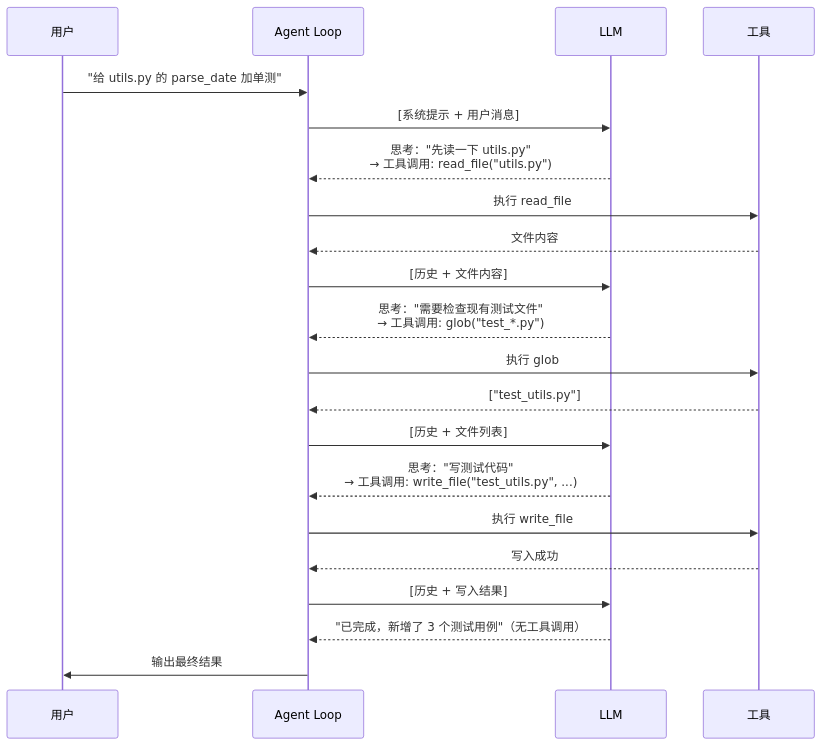
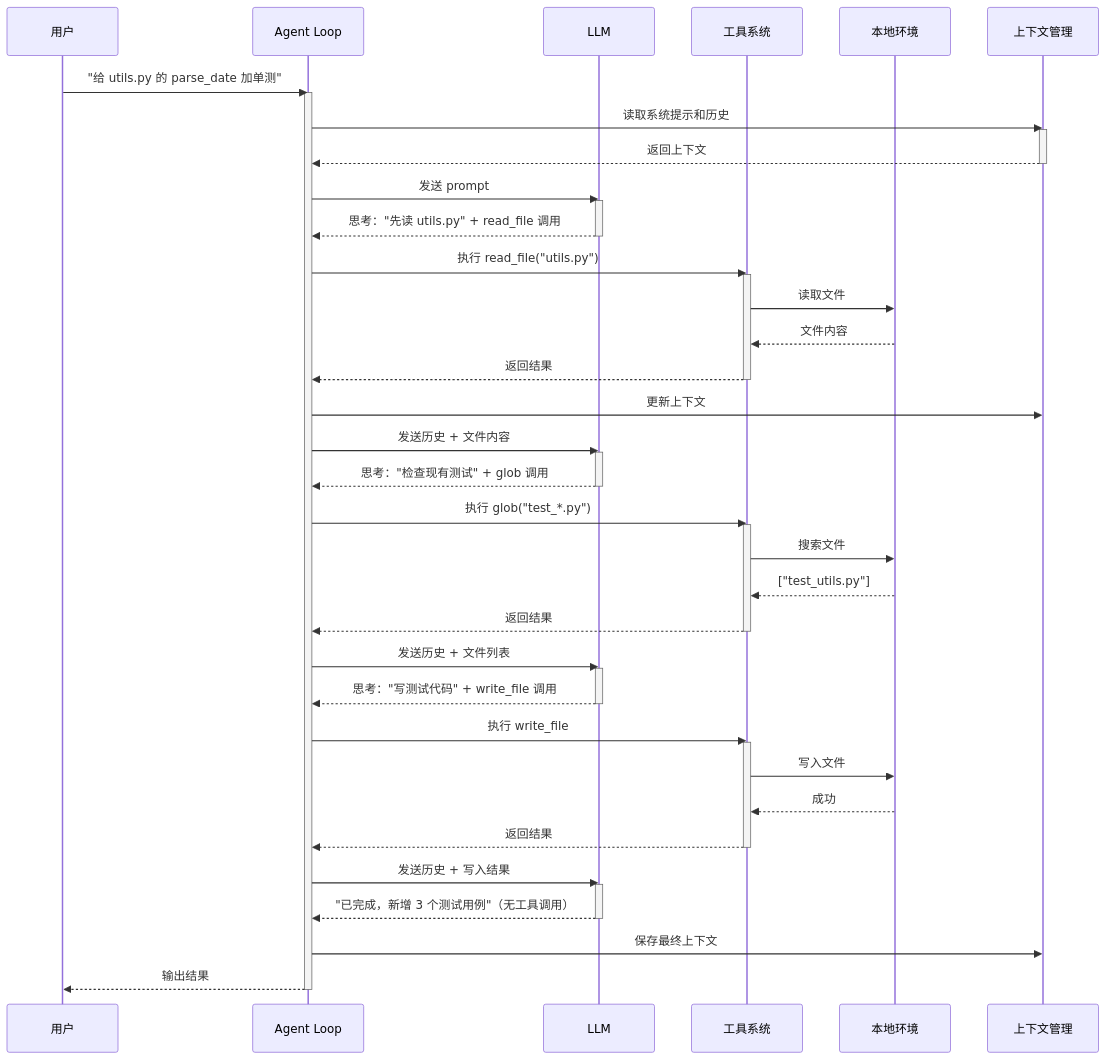
Before and after one commit to giraffe-tree/agent-base: the third of 7 diagrams in docs/comm/01-comm-overview.md, drawn with Mermaid. The commit also changed other lines of this file and 7 other files, not shown here.

````diff
--- a/docs/comm/01-comm-overview.md
+++ b/docs/comm/01-comm-overview.md
@@ -65,24 +215,63 @@
 ```mermaid
 sequenceDiagram
     participant U as 用户
     participant L as Agent Loop
     participant M as LLM
-    participant T as 工具
+    participant T as 工具系统
+    participant E as 本地环境
+    participant C as 上下文管理
 
     U->>L: "给 utils.py 的 parse_date 加单测"
-    L->>M: [系统提示 + 用户消息]
-    M-->>L: 思考："先读一下 utils.py"<br/>→ 工具调用: read_file("utils.py")
-    L->>T: 执行 read_file
-    T-->>L: 文件内容
-    L->>M: [历史 + 文件内容]
-    M-->>L: 思考："需要检查现有测试文件"<br/>→ 工具调用: glob("test_*.py")
-    L->>T: 执行 glob
-    T-->>L: ["test_utils.py"]
-    L->>M: [历史 + 文件列表]
-    M-->>L: 思考："写测试代码"<br/>→ 工具调用: write_file("test_utils.py", ...)
+    activate L
+
+    L->>C: 读取系统提示和历史
+    activate C
+    C-->>L: 返回上下文
+    deactivate C
+
+    L->>M: 发送 prompt
+    activate M
+    M-->>L: 思考："先读 utils.py" + read_file 调用
+    deactivate M
+
+    L->>T: 执行 read_file("utils.py")
+    activate T
+    T->>E: 读取文件
+    E-->>T: 文件内容
+    T-->>L: 返回结果
+    deactivate T
+
+    L->>C: 更新上下文
+    L->>M: 发送历史 + 文件内容
+    activate M
+    M-->>L: 思考："检查现有测试" + glob 调用
+    deactivate M
+
+    L->>T: 执行 glob("test_*.py")
+    activate T
+    T->>E: 搜索文件
+    E-->>T: ["test_utils.py"]
+    T-->>L: 返回结果
+    deactivate T
+
+    L->>M: 发送历史 + 文件列表
+    activate M
+    M-->>L: 思考："写测试代码" + write_file 调用
+    deactivate M
+
     L->>T: 执行 write_file
-    T-->>L: 写入成功
-    L->>M: [历史 + 写入结果]
-    M-->>L: "已完成，新增了 3 个测试用例"（无工具调用）
-    L->>U: 输出最终结果
+    activate T
+    T->>E: 写入文件
+    E-->>T: 成功
+    T-->>L: 返回结果
+    deactivate T
+
+    L->>M: 发送历史 + 写入结果
+    activate M
+    M-->>L: "已完成，新增 3 个测试用例"（无工具调用）
+    deactivate M
+
+    L->>C: 保存最终上下文
+    L-->>U: 输出结果
+    deactivate L
 ```
````
